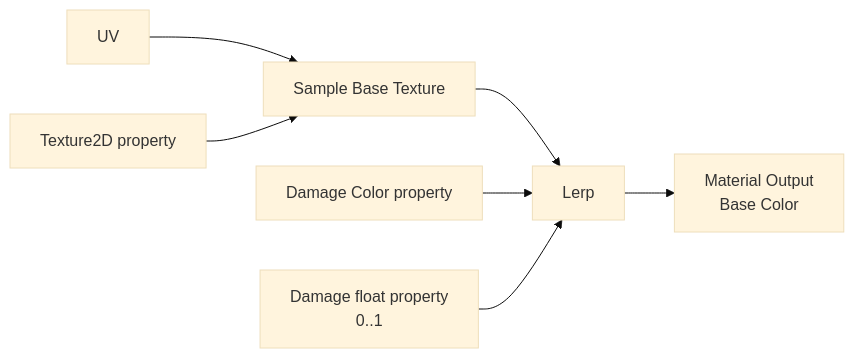
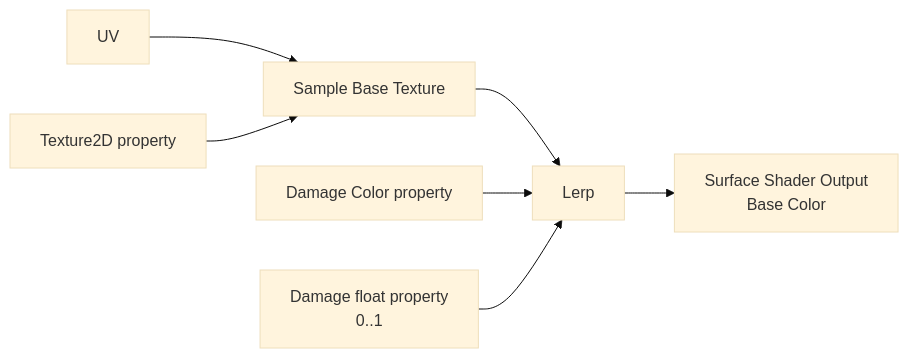
Before and after one commit to hcfgod/KeireEngine: the first of 3 diagrams in Docs/Manual/MaterialGraphExamples.md, drawn with Mermaid (base theme). The commit also changed other lines of this file and 41 other files, not shown here.

````diff
--- a/Docs/Manual/MaterialGraphExamples.md
+++ b/Docs/Manual/MaterialGraphExamples.md
@@ -8,9 +9,9 @@
 ```mermaid
 flowchart LR
     UV["UV"] --> Sample["Sample Base Texture"]
     BaseTexture["Texture2D property"] --> Sample
     Sample --> Blend["Lerp"]
     DamageColor["Damage Color property"] --> Blend
     Damage["Damage float property<br/>0..1"] --> Blend
-    Blend --> Output["Material Output<br/>Base Color"]
+    Blend --> Output["Surface Shader Output<br/>Base Color"]
 ```
````
